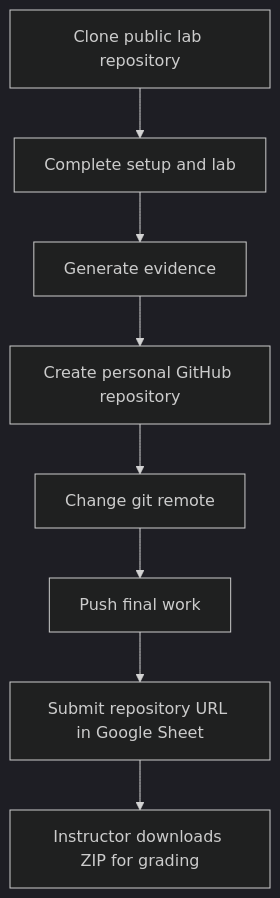
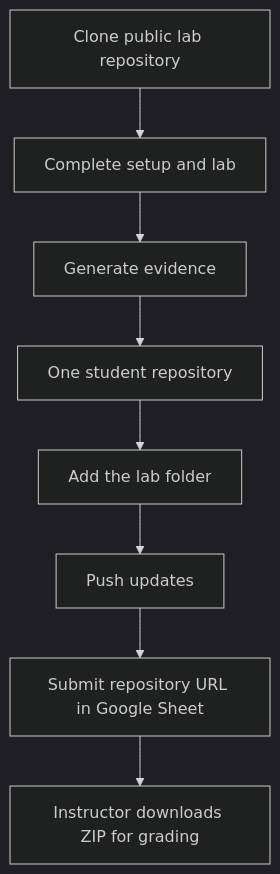
The second of 2 diagrams in README.md (nhan-four/FIT4110_Student_Kit), drawn with Mermaid (dark theme) before and after one commit. The commit also changed other lines of this file and 4 other files, not shown here.

Commit message:
docs: use one student repository for all labs

````diff
--- a/README.md
+++ b/README.md
@@ -37,10 +37,10 @@
 ```mermaid
 flowchart TD
   A[Clone public lab repository] --> B[Complete setup and lab]
   B --> C[Generate evidence]
-  C --> D[Create personal GitHub repository]
-  D --> E[Change git remote]
-  E --> F[Push final work]
+  C --> D[One student repository]
+  D --> E[Add the lab folder]
+  E --> F[Push updates]
   F --> G[Submit repository URL in Google Sheet]
   G --> H[Instructor downloads ZIP for grading]
 ```
````
